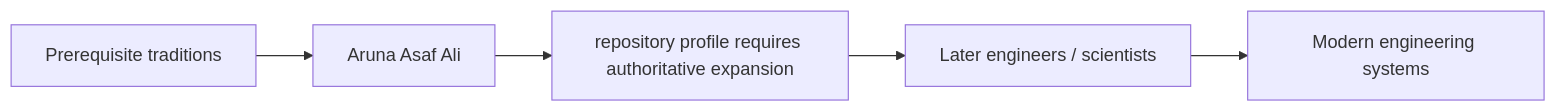
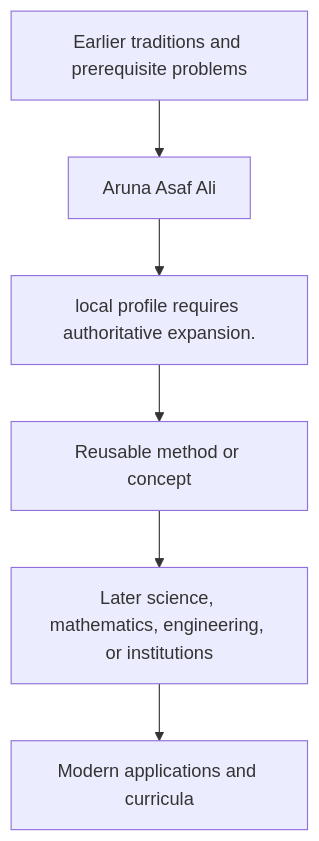
Before and after one commit to via-decide/ViaLogic: the diagram in docs/history/aruna-asaf-ali/influence.md, drawn with Mermaid. The commit also changed other lines of this file and 858 other files, not shown here.

````diff
--- a/docs/history/aruna-asaf-ali/influence.md
+++ b/docs/history/aruna-asaf-ali/influence.md
@@ -29,7 +16,8 @@
 ```mermaid
-graph LR
-  prerequisites["Prerequisite traditions"] --> current["Aruna Asaf Ali"]
-  current --> contribution["repository profile requires authoritative expansion"]
-  contribution --> successors["Later engineers / scientists"]
-  successors --> modern["Modern engineering systems"]
+graph TD
+  Prior[Earlier traditions and prerequisite problems] --> Person[Aruna Asaf Ali]
+  Person --> Contribution[local profile requires authoritative expansion.]
+  Contribution --> Method[Reusable method or concept]
+  Method --> Later[Later science, mathematics, engineering, or institutions]
+  Later --> Modern[Modern applications and curricula]
 ```
````
